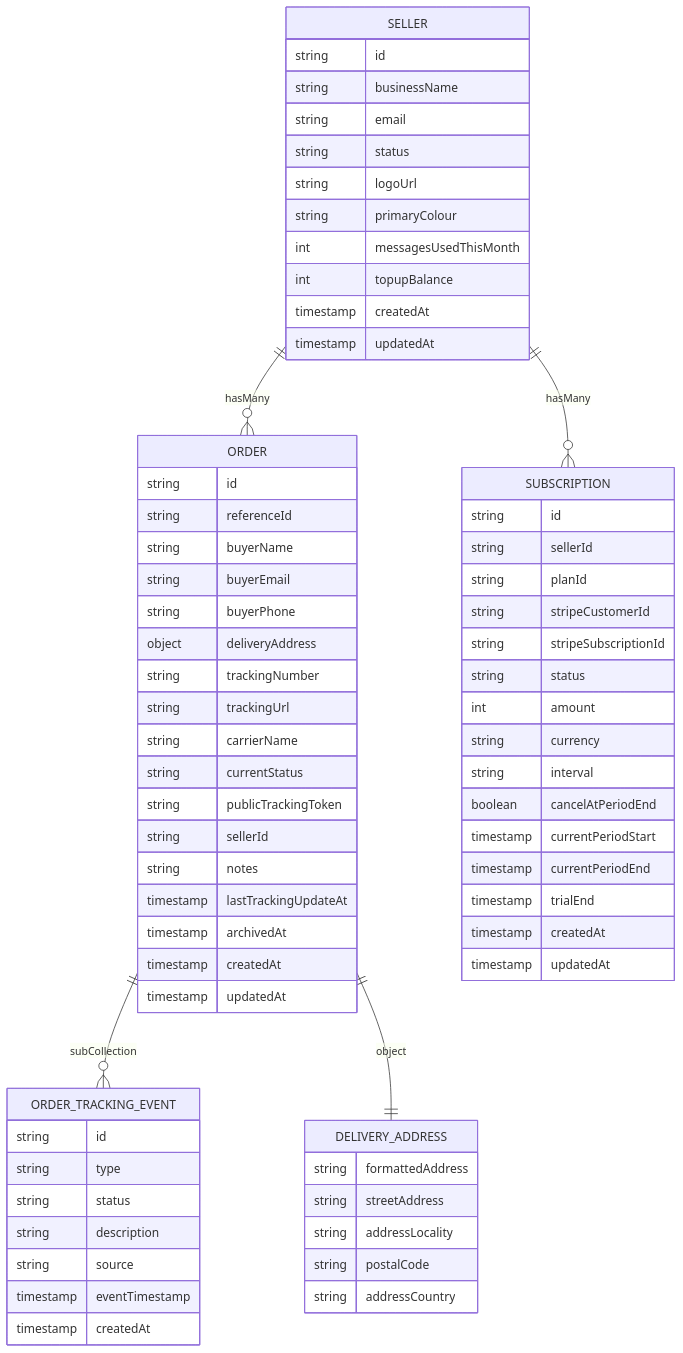
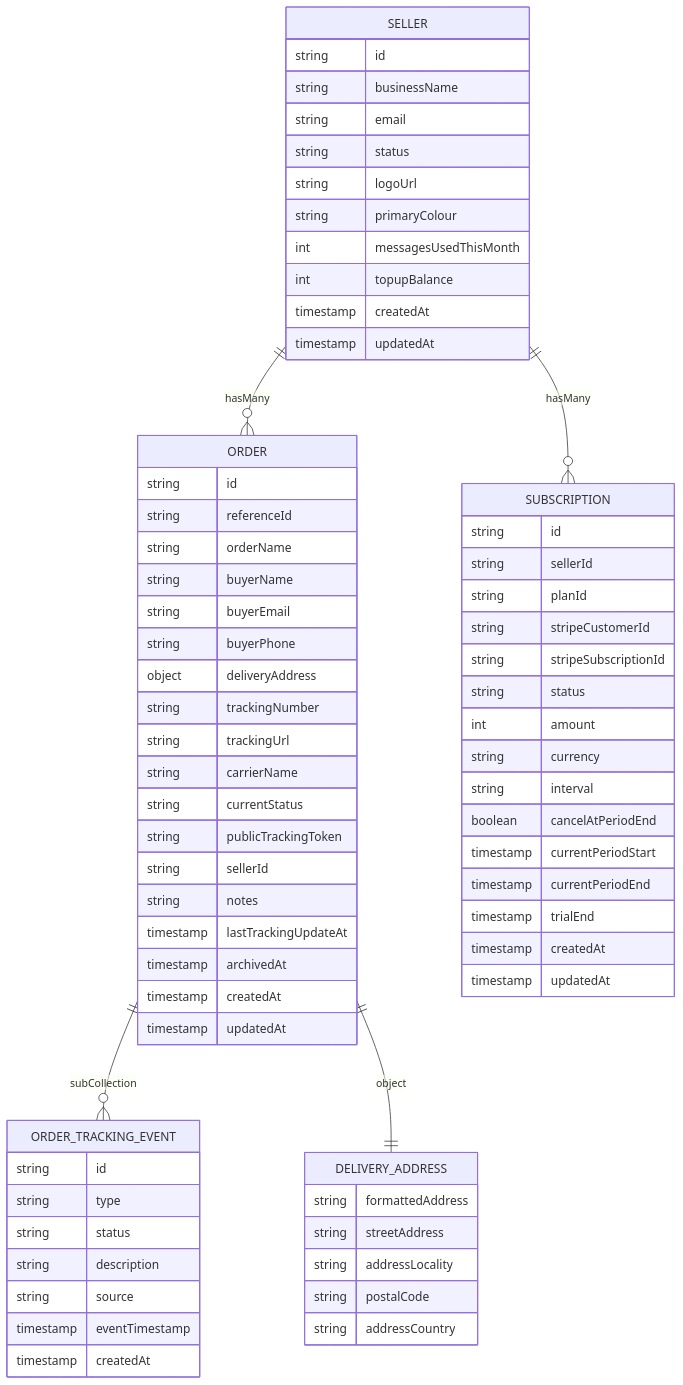
Before and after one commit to web-space-dev/get-drop.io-frontend: the diagram in docs/ERD.md, drawn with Mermaid. The commit also changed 14 other files, not shown here.

Commit message:
added some new components to clean up and also added orderName to the order schema

````diff
--- a/docs/ERD.md
+++ b/docs/ERD.md
@@ -3,76 +3,77 @@
 ```mermaid
 erDiagram
     SELLER ||--o{ ORDER : hasMany
     SELLER ||--o{ SUBSCRIPTION : hasMany
     ORDER ||--o{ ORDER_TRACKING_EVENT : subCollection
     ORDER ||--|| DELIVERY_ADDRESS : object
 
     SELLER {
         string id
         string businessName
         string email
         string status
         string logoUrl
         string primaryColour
         int messagesUsedThisMonth
         int topupBalance
         timestamp createdAt
         timestamp updatedAt
     }
 
     ORDER {
         string id
         string referenceId
+        string orderName
         string buyerName
         string buyerEmail
         string buyerPhone
         object deliveryAddress
         string trackingNumber
         string trackingUrl
         string carrierName
         string currentStatus
         string publicTrackingToken
         string sellerId
         string notes
         timestamp lastTrackingUpdateAt
         timestamp archivedAt
         timestamp createdAt
         timestamp updatedAt
     }
 
     DELIVERY_ADDRESS {
         string formattedAddress
         string streetAddress
         string addressLocality
         string postalCode
         string addressCountry
     }
 
     ORDER_TRACKING_EVENT {
         string id
         string type
         string status
         string description
         string source
         timestamp eventTimestamp
         timestamp createdAt
     }
 
     SUBSCRIPTION {
         string id
         string sellerId
         string planId
         string stripeCustomerId
         string stripeSubscriptionId
         string status
         int amount
         string currency
         string interval
         boolean cancelAtPeriodEnd
         timestamp currentPeriodStart
         timestamp currentPeriodEnd
         timestamp trialEnd
         timestamp createdAt
         timestamp updatedAt
     }
 ```
````
